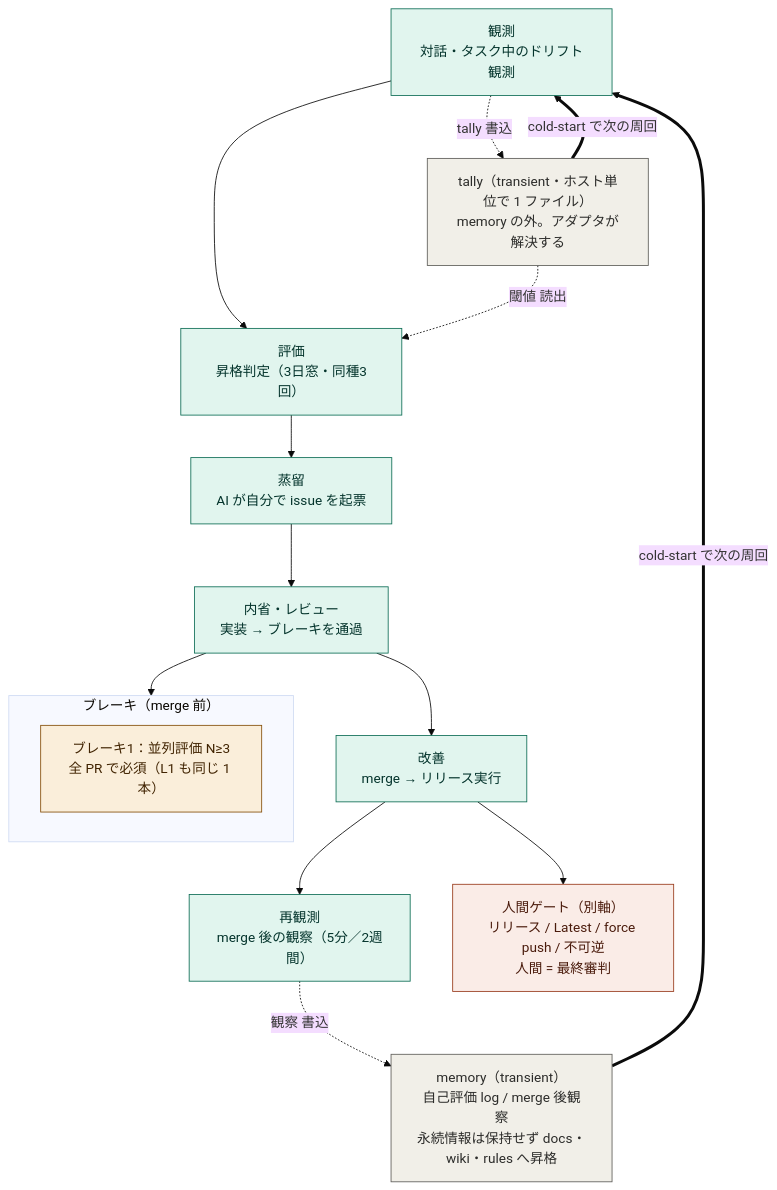
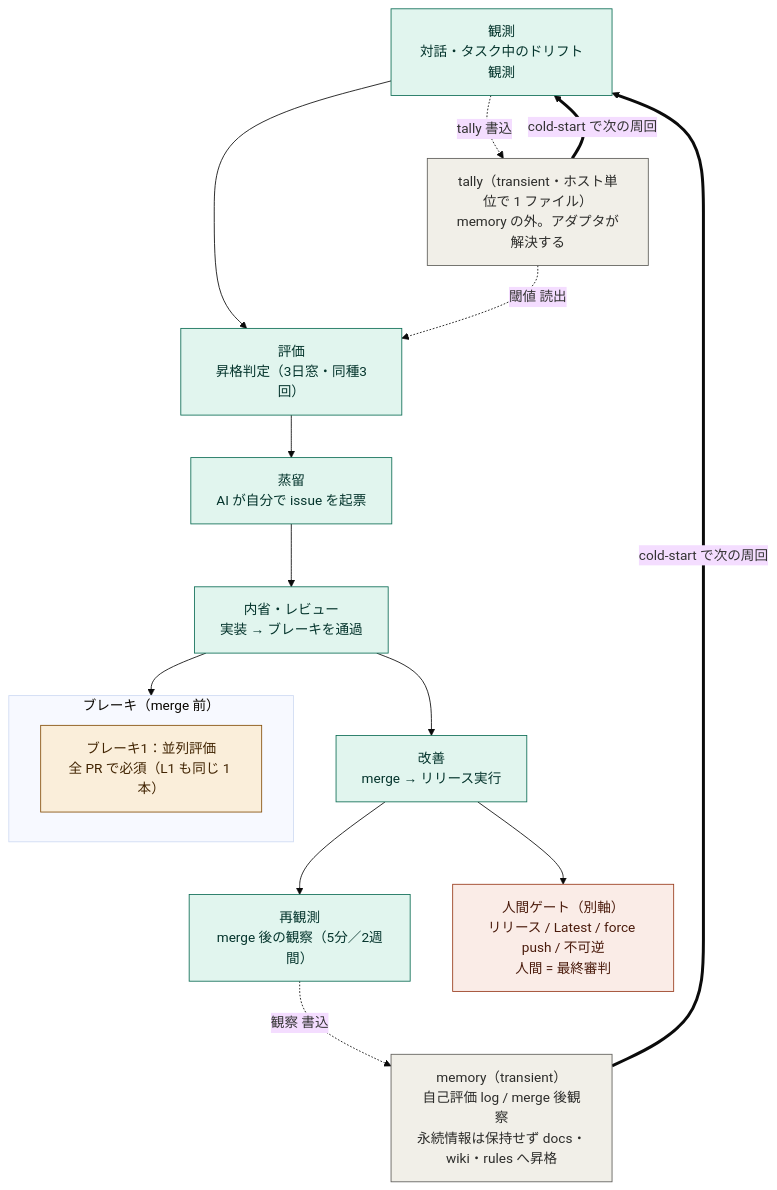
Before and after one commit to Liplus-Project/liplus-language: the diagram in docs/G.-Sheepdog-Engineering.md, drawn with Mermaid (base theme). The commit also changed 1 other file, not shown here.

Commit message:
fix(skills/evolution-full-run, docs): drop stale brake 1 evaluator count restatement (#2023)
* fix(evolution-full-run): stop restating brake 1 evaluator count

Sequence step 2 restated the brake 1 evaluator count as N>=3, stale
since #1856 lowered the floor in skills/evolution-parallel-agent-eval
to N=1. Point at the skill without a figure instead of correcting it.

Sequence 2 の評価者数 N≥3 の再掲をやめ、canonical である skills/evolution-parallel-agent-eval を数値なしで指す形にした。

Refs #2021

* docs(sheepdog): drop stale brake 1 evaluator count from diagram

The brake diagram in docs/G.-Sheepdog-Engineering.md still labelled
brake 1 as N>=3, the other copy of the figure removed from
skills/evolution-full-run. Drop it the same way so no current-norm
surface restates the evaluator count (brake 1 round 1 finding B-1).

docs/G の図に残っていた評価者数 N≥3 の再掲も同じ形で削除した。

Refs #2021

---------

````diff
--- a/docs/G.-Sheepdog-Engineering.md
+++ b/docs/G.-Sheepdog-Engineering.md
@@ -241,35 +241,35 @@
 ```mermaid
 flowchart TD
     O["観測<br/>対話・タスク中のドリフト観測"]
     E["評価<br/>昇格判定（3日窓・同種3回）"]
     D["蒸留<br/>AI が自分で issue を起票"]
     R["内省・レビュー<br/>実装 → ブレーキを通過"]
     IM["改善<br/>merge → リリース実行"]
     RO["再観測<br/>merge 後の観察（5分／2週間）"]
     MEM["memory（transient）<br/>自己評価 log / merge 後観察<br/>永続情報は保持せず docs・wiki・rules へ昇格"]
     TLY["tally（transient・ホスト単位で 1 ファイル）<br/>memory の外。アダプタが解決する"]
 
     O --> E --> D --> R --> IM --> RO
     O -. "tally 書込" .-> TLY
     TLY -. "閾値 読出" .-> E
     RO -. "観察 書込" .-> MEM
     MEM == "cold-start で次の周回" ==> O
     TLY == "cold-start で次の周回" ==> O
 
     subgraph BR["ブレーキ（merge 前）"]
-        B1["ブレーキ1：並列評価 N≥3<br/>全 PR で必須（L1 も同じ 1 本）"]
+        B1["ブレーキ1：並列評価<br/>全 PR で必須（L1 も同じ 1 本）"]
     end
     R --> BR
 
     H["人間ゲート（別軸）<br/>リリース / Latest / force push / 不可逆<br/>人間 = 最終審判"]
     IM --> H
 
     classDef loop fill:#E1F5EE,stroke:#0F6E56,color:#04342C;
     classDef mem fill:#F1EFE8,stroke:#5F5E5A,color:#2C2C2A;
     classDef brake fill:#FAEEDA,stroke:#854F0B,color:#412402;
     classDef human fill:#FAECE7,stroke:#993C1D,color:#4A1B0C;
     class O,E,D,R,IM,RO loop;
     class MEM,TLY mem;
     class B1 brake;
     class H human;
 ```
````
